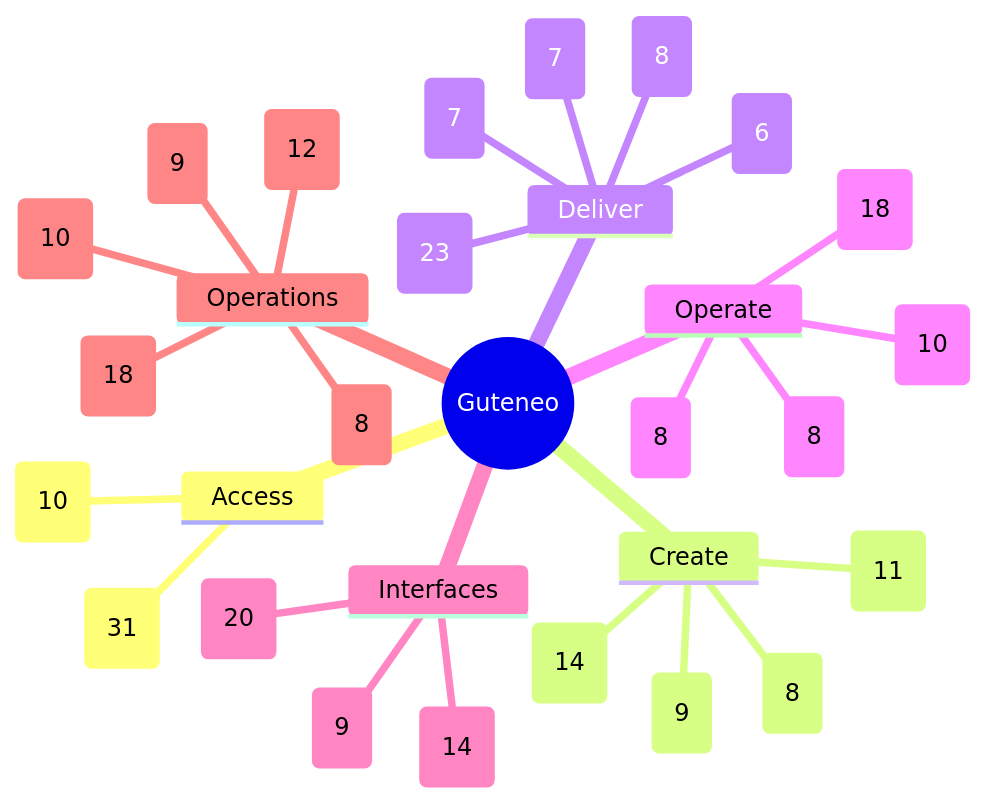
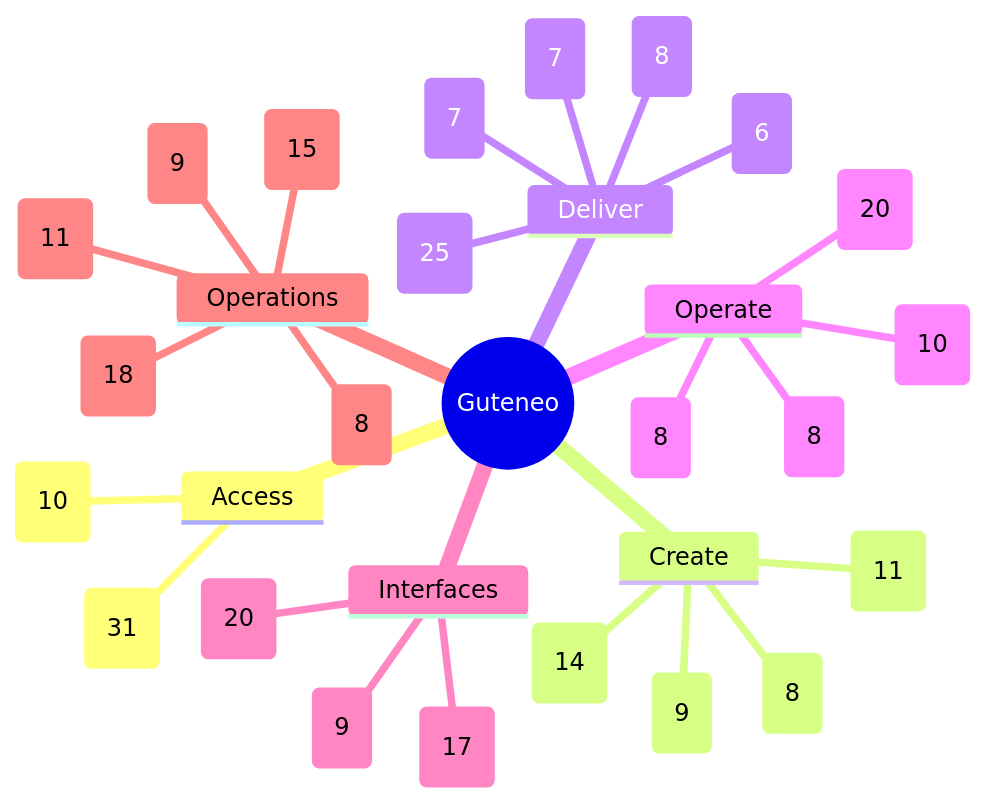
One commit to nclsppr/guteneo changed the diagram in docs/FEATURE_MAP.md. Above: the diagram before and after it, drawn with Mermaid. The commit also changed other lines of this file and 155 other files, not shown here.

````diff
--- a/docs/FEATURE_MAP.md
+++ b/docs/FEATURE_MAP.md
@@ -13,33 +13,33 @@
 ```mermaid
 mindmap
   root((Guteneo))
     Access
       Access and identity (31)
       Team and responsibilities (10)
     Create
       Documents and protection (8)
       Template studio (14)
       Data and mappings (9)
       PDF generation and distribution (11)
     Deliver
       Fax (6)
       Postal mail (8)
       Email and protected links (7)
-      Sensitive distribution and personal documents (23)
+      Sensitive distribution and personal documents (25)
       Dispatch dry run (7)
     Operate
       Campaigns and tracking (8)
       Credits and billing (8)
-      Workspace appearance (18)
+      Workspace layout and browser appearance (20)
       PDF verification (10)
     Interfaces
       Assistants and API (20)
       iPhone and iPad (9)
-      Public pages and languages (14)
+      Public pages, languages and appearance (17)
     Operations
       Reviewer OAuth qualification (9)
       Operations and reliability (18)
       Belvédère platform oversight (8)
-      Public service status (12)
-      Engineering documentation (10)
+      Public service status (15)
+      Engineering documentation (11)
 ```
````
